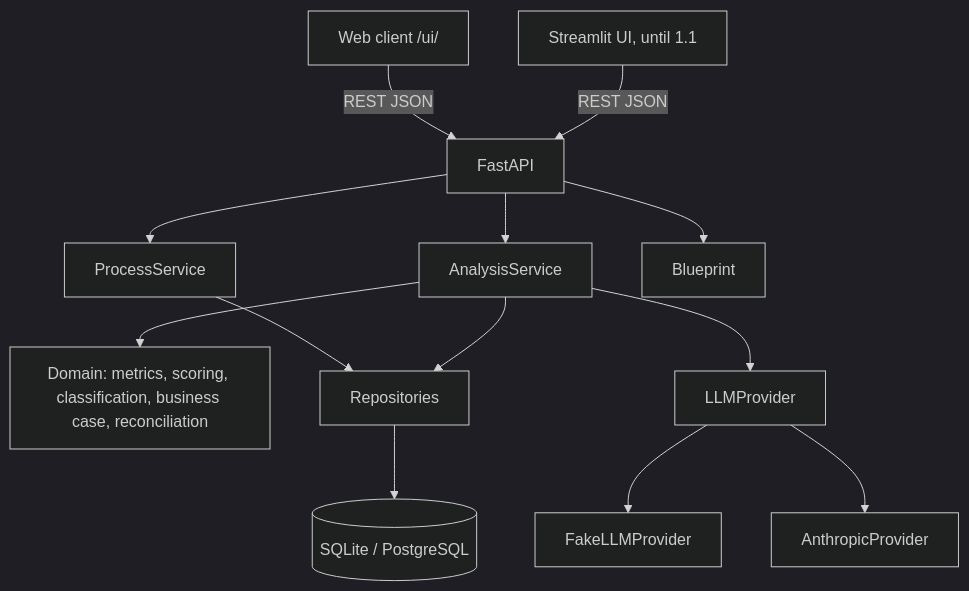
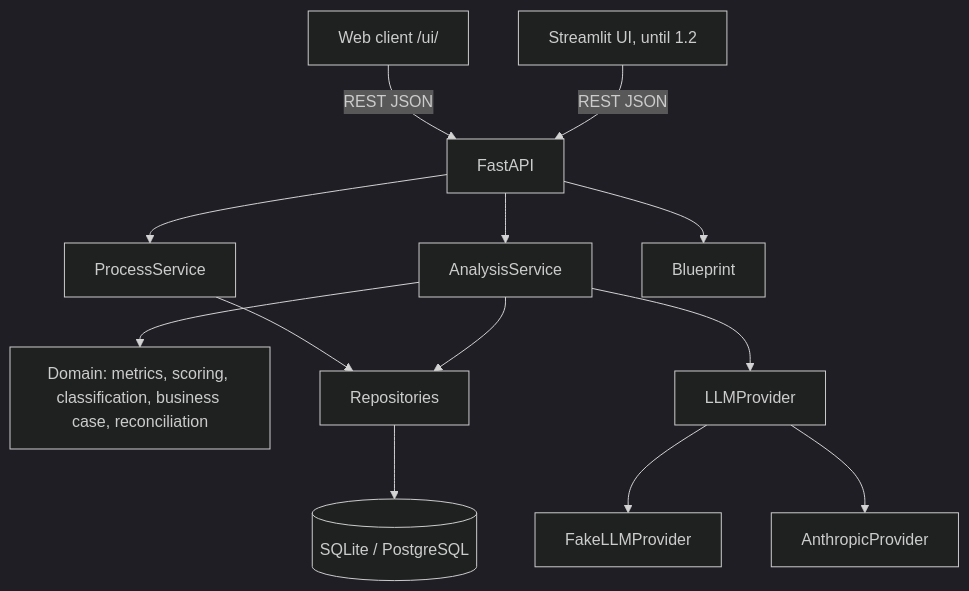
Before and after one commit to SebastianLazarte/ai-process-discovery: the first of 2 diagrams in README.md, drawn with Mermaid (dark theme). The commit also changed other lines of this file and 5 other files, not shown here.

````diff
--- a/README.md
+++ b/README.md
@@ -35,15 +35,15 @@
 ```mermaid
 flowchart TB
     WEB[Web client /ui/] -->|REST JSON| API[FastAPI]
-    UI[Streamlit UI, until 1.1] -->|REST JSON| API
+    UI[Streamlit UI, until 1.2] -->|REST JSON| API
     API --> PS[ProcessService]
     API --> AS[AnalysisService]
     API --> BS[Blueprint]
     AS --> DOM[Domain: metrics, scoring, classification, business case, reconciliation]
     AS --> LLM[LLMProvider]
     LLM --> FAKE[FakeLLMProvider]
     LLM --> ANT[AnthropicProvider]
     PS --> REPO[Repositories]
     AS --> REPO
     REPO --> DB[(SQLite / PostgreSQL)]
 ```
````
